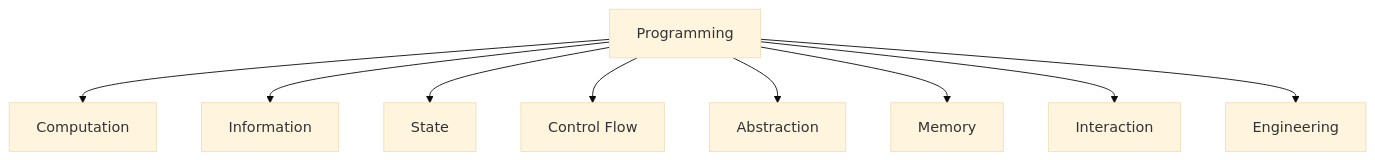
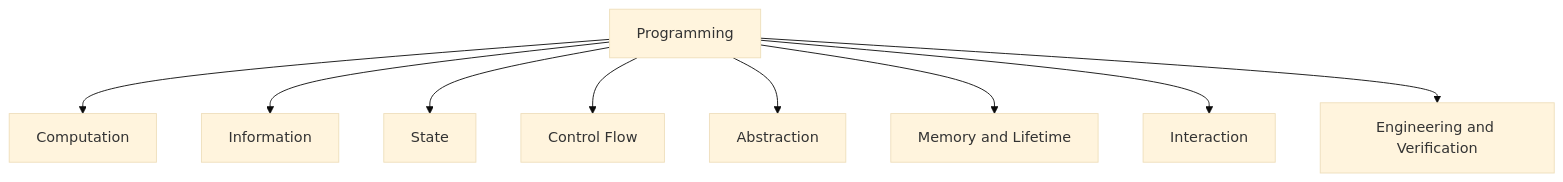
The first of 2 diagrams in design/14-programming-concept-tree.en.md (inred329/summer_pre_course_2026), drawn with Mermaid (base theme) before and after one commit. The commit also changed other lines of this file and 104 other files, not shown here.

````diff
--- a/design/14-programming-concept-tree.en.md
+++ b/design/14-programming-concept-tree.en.md
@@ -34,12 +34,12 @@
 ```mermaid
 flowchart TD
     P[Programming]
     P --> C[Computation]
     P --> I[Information]
     P --> S[State]
     P --> F[Control Flow]
     P --> A[Abstraction]
-    P --> M[Memory]
+    P --> M[Memory and Lifetime]
     P --> X[Interaction]
-    P --> E[Engineering]
+    P --> E[Engineering and Verification]
 ```
````
